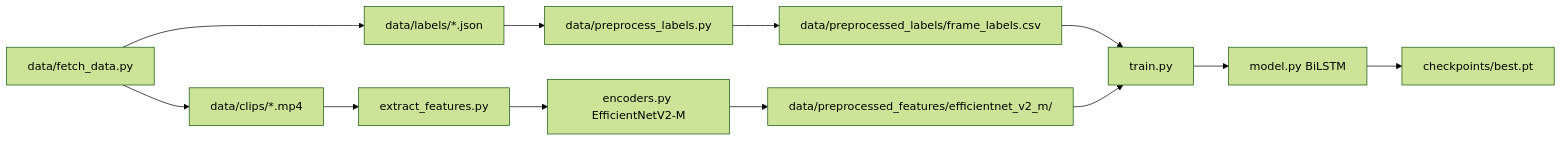
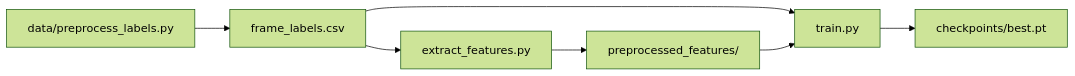
Before and after one commit to sjrand96/sports-footage-autotrim: the diagram in models/lstm/README.md, drawn with Mermaid (forest theme). The commit also changed other lines of this file and 4 other files, not shown here.

````diff
--- a/models/lstm/README.md
+++ b/models/lstm/README.md
@@ -11,21 +11,14 @@
 ```mermaid
 flowchart LR
-  fetch[data/fetch_data.py]
-  rawClips[data/clips/*.mp4]
-  rawLabels[data/labels/*.json]
   preprocess[data/preprocess_labels.py]
-  labelCsv[data/preprocessed_labels/frame_labels.csv]
   extract[extract_features.py]
-  enc[encoders.py EfficientNetV2-M]
-  featCache[data/preprocessed_features/efficientnet_v2_m/]
   train[train.py]
-  head[model.py BiLSTM]
+  labelCsv[frame_labels.csv]
+  featCache[preprocessed_features/]
   ckpt[checkpoints/best.pt]
 
-  fetch --> rawClips
-  fetch --> rawLabels
-  rawLabels --> preprocess --> labelCsv
-  rawClips --> extract --> enc --> featCache
+  preprocess --> labelCsv
+  labelCsv --> extract --> featCache
   labelCsv --> train
-  featCache --> train --> head --> ckpt
+  featCache --> train --> ckpt
 ```
````
